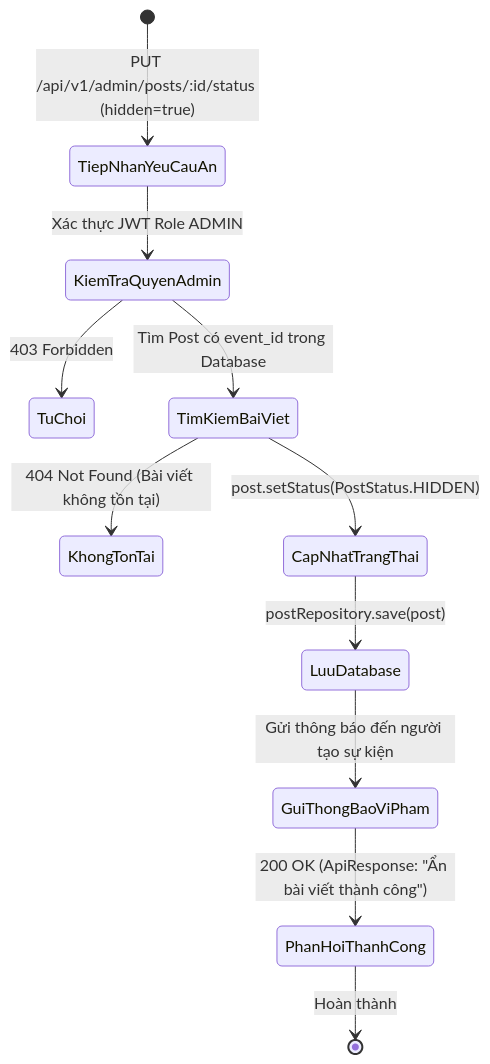
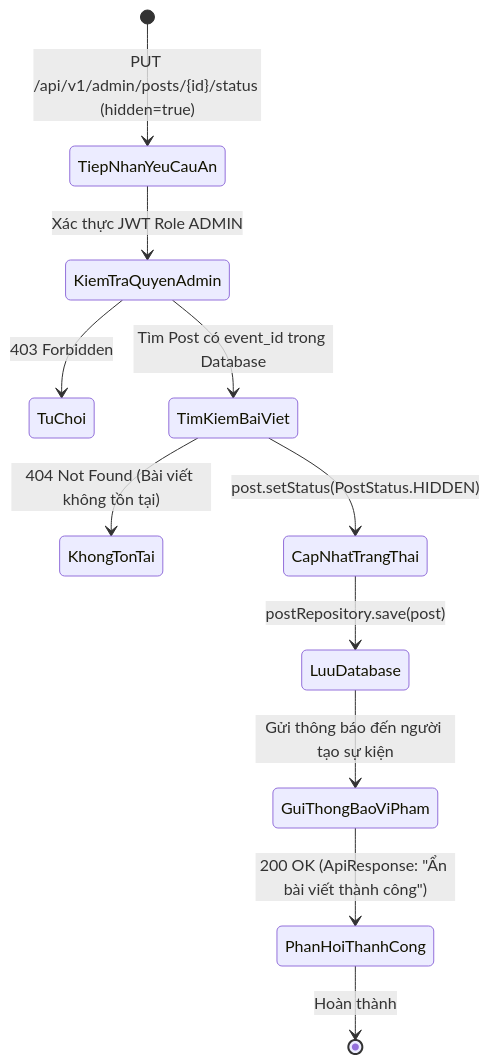
The first of 3 diagrams in docs/update_SRS/SRS_UC_74_HideViolatingEvent.md (Alumnect/Alumnect), drawn with Mermaid before and after one commit. The commit also changed other lines of this file and 83 other files, not shown here.

````diff
--- a/docs/update_SRS/SRS_UC_74_HideViolatingEvent.md
+++ b/docs/update_SRS/SRS_UC_74_HideViolatingEvent.md
@@ -7,13 +7,13 @@
 ```mermaid
 stateDiagram-v2
-    [*] --> TiepNhanYeuCauAn : PUT /api/v1/admin/posts/:id/status (hidden=true)
+    [*] --> TiepNhanYeuCauAn : PUT /api/v1/admin/posts/{id}/status (hidden=true)
     TiepNhanYeuCauAn --> KiemTraQuyenAdmin : Xác thực JWT Role ADMIN
     KiemTraQuyenAdmin --> TuChoi : 403 Forbidden
     KiemTraQuyenAdmin --> TimKiemBaiViet : Tìm Post có event_id trong Database
     TimKiemBaiViet --> KhongTonTai : 404 Not Found (Bài viết không tồn tại)
     TimKiemBaiViet --> CapNhatTrangThai : post.setStatus(PostStatus.HIDDEN)
     CapNhatTrangThai --> LuuDatabase : postRepository.save(post)
     LuuDatabase --> GuiThongBaoViPham : Gửi thông báo đến người tạo sự kiện
     GuiThongBaoViPham --> PhanHoiThanhCong : 200 OK (ApiResponse: "Ẩn bài viết thành công")
     PhanHoiThanhCong --> [*] : Hoàn thành
 ```
````
